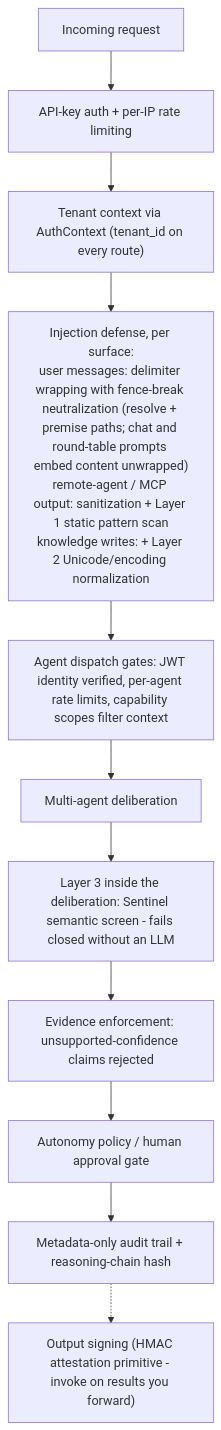
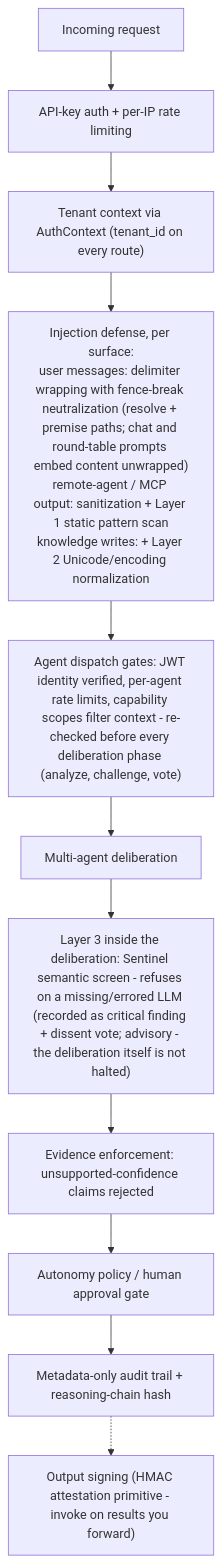
Before and after one commit to KangaKode/aiscaffold: the first of 3 diagrams in docs/SECURITY_MODEL.md, drawn with Mermaid. The commit also changed other lines of this file and 21 other files, not shown here.

First line of the commit message:
Safety-agent fail-closed: is_error contract, fail-closed core agents, gated challenge/vote phases (#78)

````diff
--- a/docs/SECURITY_MODEL.md
+++ b/docs/SECURITY_MODEL.md
@@ -13,13 +13,13 @@
 ```mermaid
 flowchart TD
     Req[Incoming request] --> Auth["API-key auth + per-IP rate limiting"]
     Auth --> Tenant["Tenant context via AuthContext (tenant_id on every route)"]
     Tenant --> Inj["Injection defense, per surface:<br/>user messages: delimiter wrapping with fence-break neutralization (resolve + premise paths; chat and round-table prompts embed content unwrapped)<br/>remote-agent / MCP output: sanitization + Layer 1 static pattern scan<br/>knowledge writes: + Layer 2 Unicode/encoding normalization"]
-    Inj --> Dispatch["Agent dispatch gates: JWT identity verified, per-agent rate limits, capability scopes filter context"]
+    Inj --> Dispatch["Agent dispatch gates: JWT identity verified, per-agent rate limits, capability scopes filter context - re-checked before every deliberation phase (analyze, challenge, vote)"]
     Dispatch --> Delib["Multi-agent deliberation"]
-    Delib --> L3["Layer 3 inside the deliberation: Sentinel semantic screen - fails closed without an LLM"]
+    Delib --> L3["Layer 3 inside the deliberation: Sentinel semantic screen - refuses on a missing/errored LLM (recorded as critical finding + dissent vote; advisory - the deliberation itself is not halted)"]
     L3 --> Enforce["Evidence enforcement: unsupported-confidence claims rejected"]
     Enforce --> Gate["Autonomy policy / human approval gate"]
     Gate --> Audit["Metadata-only audit trail + reasoning-chain hash"]
     Audit -.-> Sign["Output signing (HMAC attestation primitive - invoke on results you forward)"]
 ```
````
